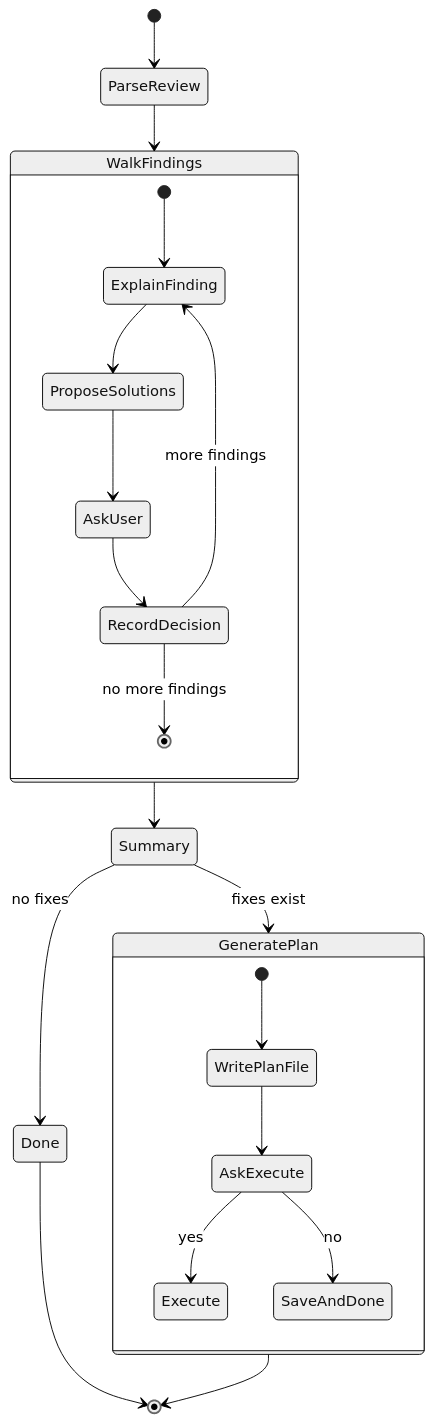
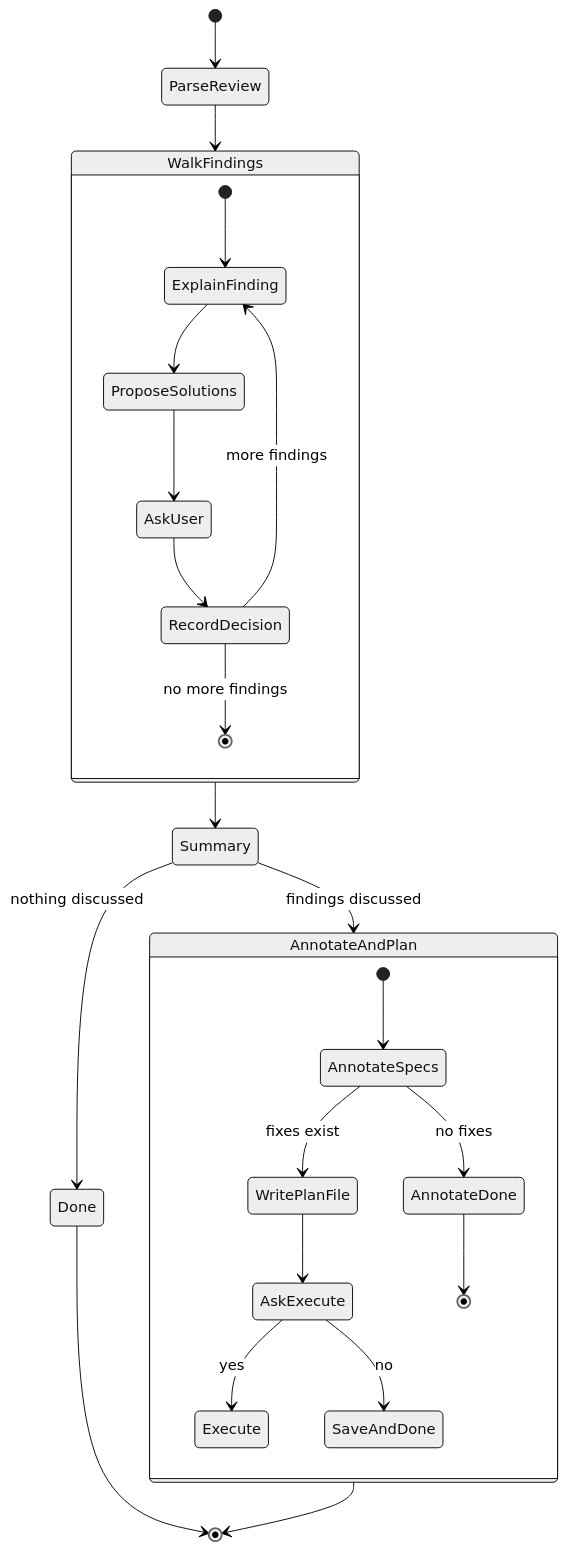
The diagram in plugins/pmp/skills/discuss/references/discuss.md (paixaop/my-claude-skills), drawn with Mermaid (neutral theme) before and after one commit. The commit also changed other lines of this file and 13 other files, not shown here.

````diff
--- a/plugins/pmp/skills/discuss/references/discuss.md
+++ b/plugins/pmp/skills/discuss/references/discuss.md
@@ -22,28 +22,31 @@
 ```mermaid
 stateDiagram-v2
     [*] --> ParseReview
     ParseReview --> WalkFindings
 
     state WalkFindings {
         [*] --> ExplainFinding
         ExplainFinding --> ProposeSolutions
         ProposeSolutions --> AskUser
         AskUser --> RecordDecision
         RecordDecision --> ExplainFinding : more findings
         RecordDecision --> [*] : no more findings
     }
 
     WalkFindings --> Summary
-    Summary --> GeneratePlan : fixes exist
-    Summary --> Done : no fixes
+    Summary --> AnnotateAndPlan : findings discussed
+    Summary --> Done : nothing discussed
 
-    state GeneratePlan {
-        [*] --> WritePlanFile
+    state AnnotateAndPlan {
+        [*] --> AnnotateSpecs
+        AnnotateSpecs --> WritePlanFile : fixes exist
+        AnnotateSpecs --> AnnotateDone : no fixes
         WritePlanFile --> AskExecute
         AskExecute --> Execute : yes
         AskExecute --> SaveAndDone : no
+        AnnotateDone --> [*]
     }
 
-    GeneratePlan --> [*]
+    AnnotateAndPlan --> [*]
     Done --> [*]
 ```
````
